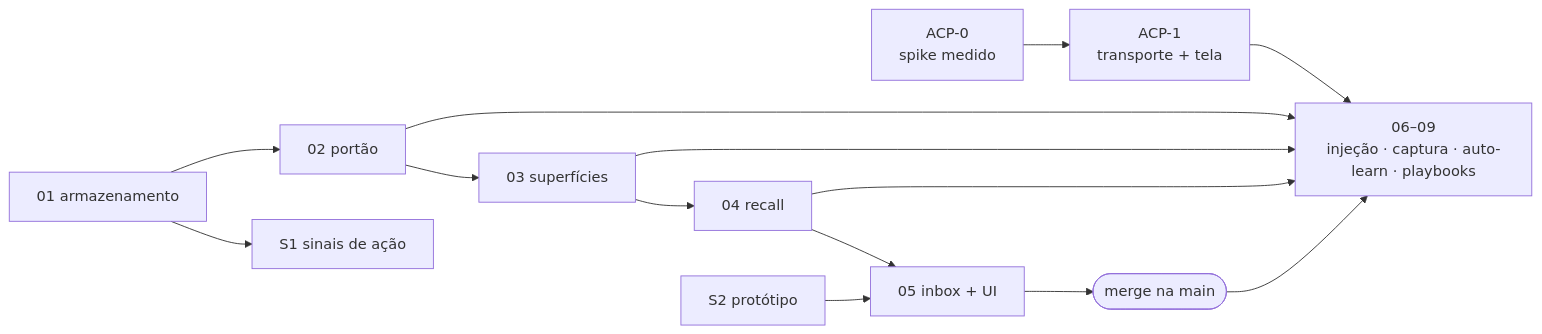
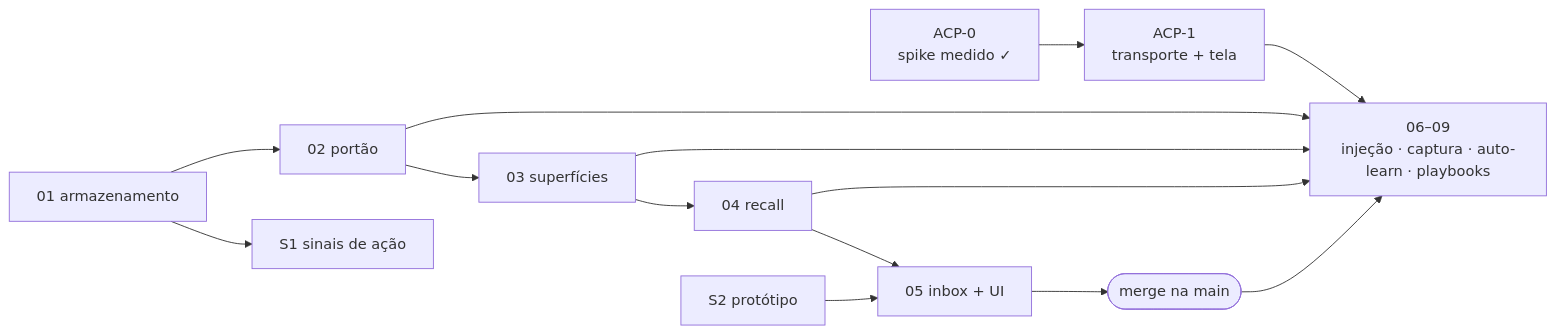
The third of 3 diagrams in docs/prd/workspace-memory/roadmap.md (vinihcrosa/lumem-os), drawn with Mermaid before and after one commit. The commit also changed other lines of this file and 11 other files, not shown here.

````diff
--- a/docs/prd/workspace-memory/roadmap.md
+++ b/docs/prd/workspace-memory/roadmap.md
@@ -179,25 +181,25 @@
 ```mermaid
 flowchart LR
-  spike["ACP-0<br/>spike medido"]
+  spike["ACP-0<br/>spike medido ✓"]
   acp["ACP-1<br/>transporte + tela"]
   p1["01 armazenamento"]
   p2["02 portão"]
   p3["03 superfícies"]
   p4["04 recall"]
   s2["S2 protótipo"]
   p5["05 inbox + UI"]
   s1["S1 sinais de ação"]
   merge(["merge na main"])
   d["06–09<br/>injeção · captura · auto-learn · playbooks"]
 
   spike --> acp
   p1 --> p2 --> p3 --> p4 --> p5
   s2 --> p5
   p1 --> s1
   p5 --> merge
   acp --> d
   p2 --> d
   p3 --> d
   p4 --> d
   merge --> d
 ```
````
